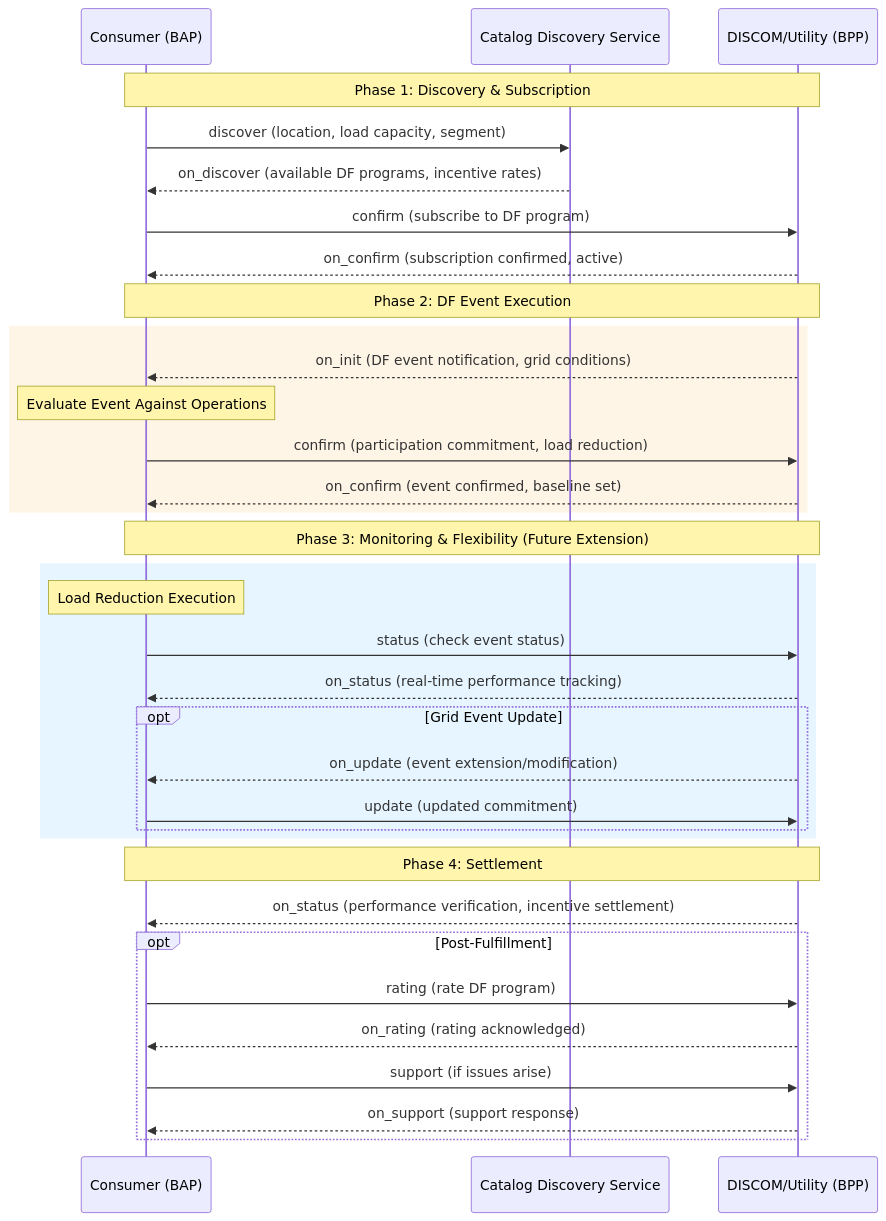
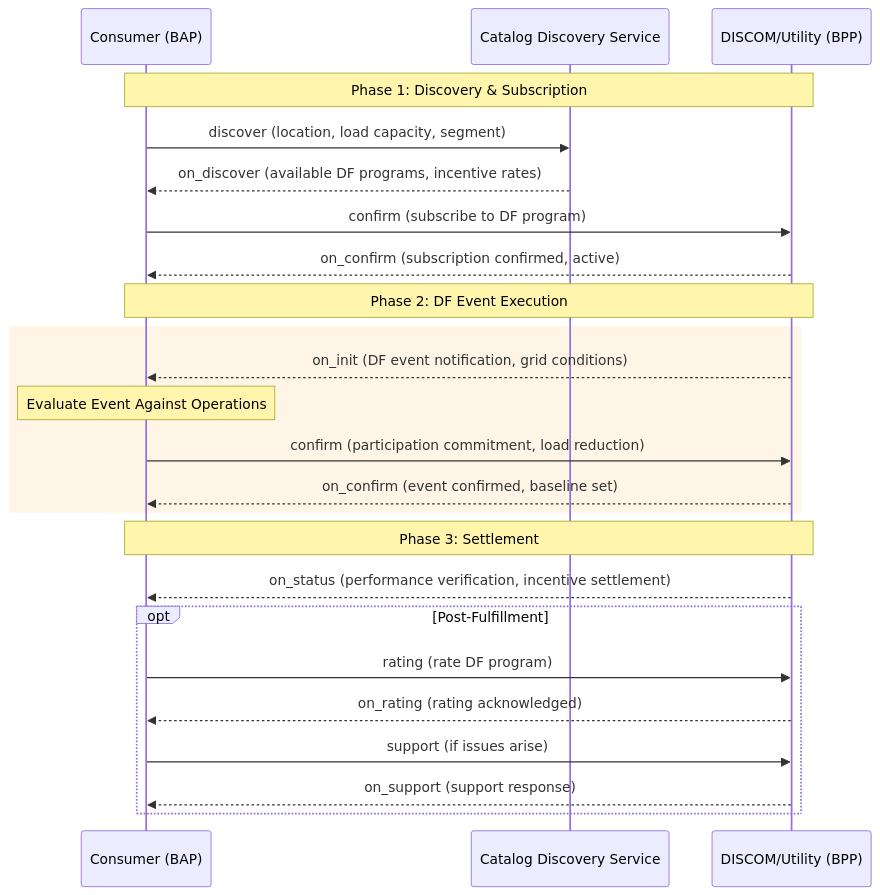
One commit to Beckn-One/DEG changed the first of 2 diagrams in docs/implementation-guides/v2/Demand_Flexibility/Demand_Flexibility_V0.2-draft.md. Above: the diagram before and after it, drawn with Mermaid. The commit also changed other lines of this file, not shown here.

Commit message:
docs: split DF seq diagram into 2 parts

````diff
--- a/docs/implementation-guides/v2/Demand_Flexibility/Demand_Flexibility_V0.2-draft.md
+++ b/docs/implementation-guides/v2/Demand_Flexibility/Demand_Flexibility_V0.2-draft.md
@@ -374,44 +374,32 @@
 ```mermaid
 sequenceDiagram
     participant C as Consumer (BAP)
     participant CDS as Catalog Discovery Service
     participant D as DISCOM/Utility (BPP)
     
     Note over C,D: Phase 1: Discovery & Subscription
     C->>CDS: discover (location, load capacity, segment)
     CDS-->>C: on_discover (available DF programs, incentive rates)
     
     C->>D: confirm (subscribe to DF program)
     D-->>C: on_confirm (subscription confirmed, active)
     
     Note over C,D: Phase 2: DF Event Execution
     rect rgb(255, 245, 230)
         D-->>C: on_init (DF event notification, grid conditions)
         Note over C: Evaluate Event Against Operations
         C->>D: confirm (participation commitment, load reduction)
         D-->>C: on_confirm (event confirmed, baseline set)
     end
     
-    Note over C,D: Phase 3: Monitoring & Flexibility (Future Extension)
-    rect rgb(230, 245, 255)
-        Note over C: Load Reduction Execution
-        C->>D: status (check event status)
-        D-->>C: on_status (real-time performance tracking)
-        
-        opt Grid Event Update
-            D-->>C: on_update (event extension/modification)
-            C->>D: update (updated commitment)
-        end
-    end
-    
-    Note over C,D: Phase 4: Settlement
+    Note over C,D: Phase 3: Settlement
     D-->>C: on_status (performance verification, incentive settlement)
     
     opt Post-Fulfillment
         C->>D: rating (rate DF program)
         D-->>C: on_rating (rating acknowledged)
         
         C->>D: support (if issues arise)
         D-->>C: on_support (support response)
     end
 ```
````
